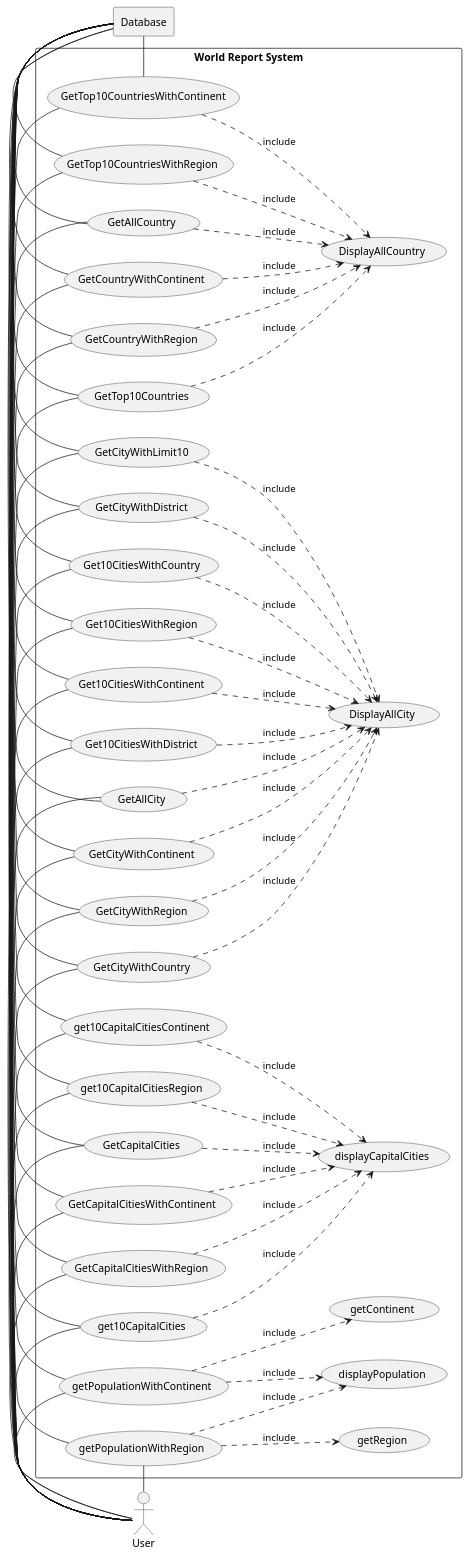
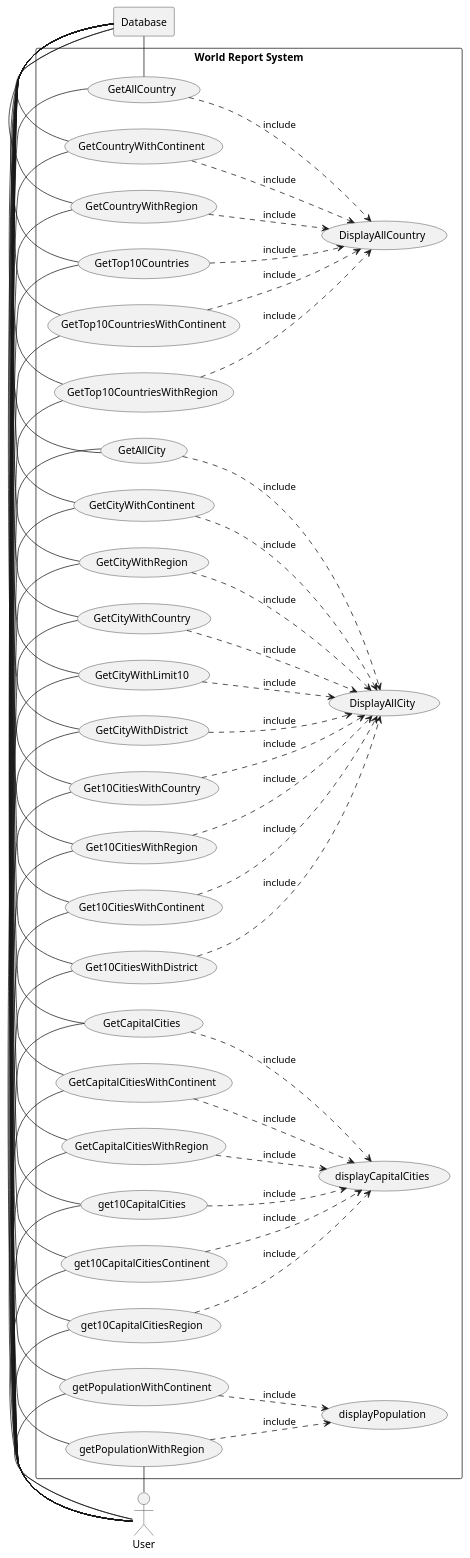
The diagram in use-cases/usecase.puml (groupgp1/group1), drawn with PlantUML before and after one commit. The commit also changed 2 other files, not shown here.

```diff
--- a/use-cases/usecase.puml
+++ b/use-cases/usecase.puml
@@ -1,121 +1,117 @@
 @startuml
 
 actor user as "User"
 
 rectangle Database
 left to right direction
 
 rectangle "World Report System" {
 
     usecase UC1 as "GetAllCountry"
     usecase UCa as "DisplayAllCountry"
     usecase UCb as "DisplayAllCity"
     usecase UC2 as "GetCountryWithContinent"
     usecase UC3 as "GetCountryWithRegion"
     usecase UC4 as "GetTop10Countries"
     usecase UC5 as "GetTop10CountriesWithContinent"
     usecase UC6 as "GetTop10CountriesWithRegion"
     usecase UC7 as "GetAllCity"
     usecase UC8 as "GetCityWithContinent"
     usecase UC9 as "GetCityWithRegion"
     usecase UC10 as "GetCityWithCountry"
     usecase UC11 as "GetCityWithLimit10"
     usecase UC12 as "GetCityWithDistrict"
     usecase UC13 as "Get10CitiesWithCountry"
     usecase UC14 as "Get10CitiesWithRegion"
     usecase UC15 as "Get10CitiesWithContinent"
     usecase UC16 as "Get10CitiesWithDistrict"
     usecase UC17 as "GetCapitalCities"
     usecase UCc as "displayCapitalCities"
     usecase UC18 as "GetCapitalCitiesWithContinent"
     usecase UC19 as "GetCapitalCitiesWithRegion"
     usecase UC20 as "get10CapitalCities"
     usecase UC21 as "get10CapitalCitiesContinent"
     usecase UC22 as "get10CapitalCitiesRegion"
     usecase UCd as "displayPopulation"
-    usecase UCe as "getRegion"
-    usecase UCf as "getContinent"
     usecase UC23 as "getPopulationWithContinent"
     usecase UC24 as "getPopulationWithRegion"
 
     user - UC1
     user - UC2
     user - UC3
     user - UC4
     user - UC5
     user - UC6
     user - UC7
     user - UC8
     user - UC9
     user - UC10
     user - UC11
     user - UC12
     user - UC13
     user - UC14
     user - UC15
     user - UC16
     user - UC17
     user - UC18
     user - UC19
     user - UC20
     user - UC21
     user - UC22
     user - UC23
     user - UC24
 
     UC1 ..> UCa : include
     UC2 ..> UCa : include
     UC3 ..> UCa : include
     UC4 ..> UCa : include
     UC5 ..> UCa : include
     UC6 ..> UCa : include
     UC7 ..> UCb : include
     UC8 ..> UCb : include
     UC9 ..> UCb : include
     UC10 ..> UCb : include
     UC11 ..> UCb : include
     UC12 ..> UCb : include
     UC13 ..> UCb : include
     UC14 ..> UCb : include
     UC15 ..> UCb : include
     UC16 ..> UCb : include
     UC17 ..> UCc : include
     UC18 ..> UCc : include
     UC19 ..> UCc : include
     UC20 ..> UCc : include
     UC21 ..> UCc : include
     UC22 ..> UCc : include
     UC23 ..> UCd : include
     UC24 ..> UCd : include
-    UC23 ..> UCf : include
-    UC24 ..> UCe : include
 
     UC1 - Database
     UC2 - Database
     UC3 - Database
     UC4 - Database
     UC5 - Database
     UC6 - Database
     UC7 - Database
     UC8 - Database
     UC9 - Database
     UC10 - Database
     UC11 - Database
     UC12 - Database
     UC13 - Database
     UC14 - Database
     UC15 - Database
     UC16 - Database
     UC17 - Database
     UC18 - Database
     UC19 - Database
     UC20 - Database
     UC21 - Database
     UC22 - Database
     UC23 - Database
     UC24 - Database
 
 
 }
 
 @enduml
```
